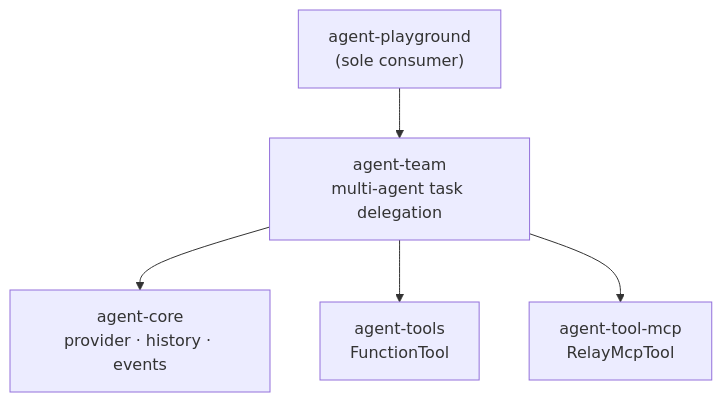
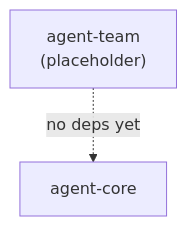
Before and after one commit to woojubb/robota: the diagram in .agents/specs/architecture-map/agent-team.md, drawn with Mermaid. The commit also changed other lines of this file and 26 other files, not shown here.

First line of the commit message:
feat(tool-002): remove assignTask — clean up agent-team, core proxy, arch docs (#531)

````diff
--- a/.agents/specs/architecture-map/agent-team.md
+++ b/.agents/specs/architecture-map/agent-team.md
@@ -26,13 +33,6 @@
 ```mermaid
 flowchart TD
-  Playground["agent-playground\n(sole consumer)"]
-  Team["agent-team\nmulti-agent task delegation"]
-  Core["agent-core\nprovider · history · events"]
-  Tools["agent-tools\nFunctionTool"]
-  McpTool["agent-tool-mcp\nRelayMcpTool"]
-
-  Playground --> Team
-  Team --> Core
-  Team --> Tools
-  Team --> McpTool
+  Team["agent-team\n(placeholder)"]
+  Core["agent-core"]
+  Team -.->|no deps yet| Core
 ```
````
